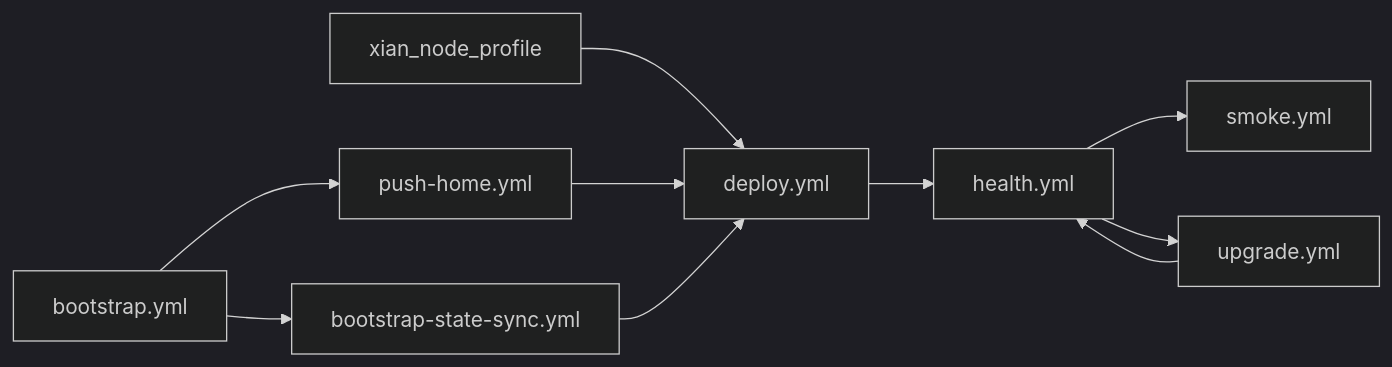
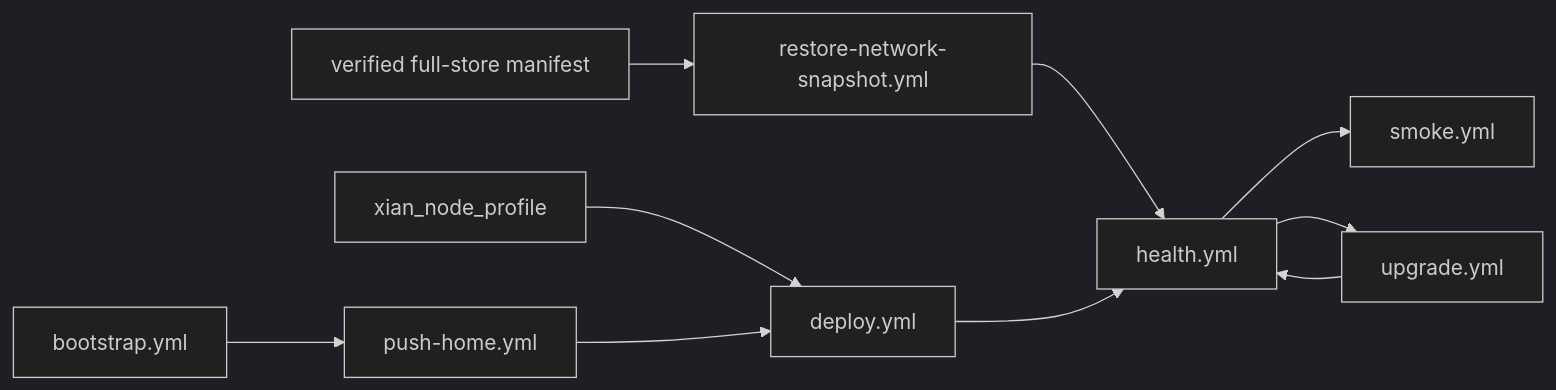
Before and after one commit to xian-technology/xian-deploy: the diagram in playbooks/README.md, drawn with Mermaid (dark theme). The commit also changed other lines of this file and 13 other files, not shown here.

First line of the commit message:
Reject unsupported bootstrap flows with upstream CometBFT

````diff
--- a/playbooks/README.md
+++ b/playbooks/README.md
@@ -23,12 +28,12 @@
 ```mermaid
 flowchart LR
   Profile["xian_node_profile"] --> Deploy["deploy.yml"]
   Bootstrap["bootstrap.yml"] --> Home["push-home.yml"]
-  Bootstrap --> StateSync["bootstrap-state-sync.yml"]
+  Snapshot["verified full-store manifest"] --> Restore["restore-network-snapshot.yml"]
   Home --> Deploy["deploy.yml"]
-  StateSync --> Deploy
+  Restore --> Health
   Deploy --> Health["health.yml"]
   Health --> Smoke["smoke.yml"]
   Health --> Upgrade["upgrade.yml"]
   Upgrade --> Health
 ```
````
